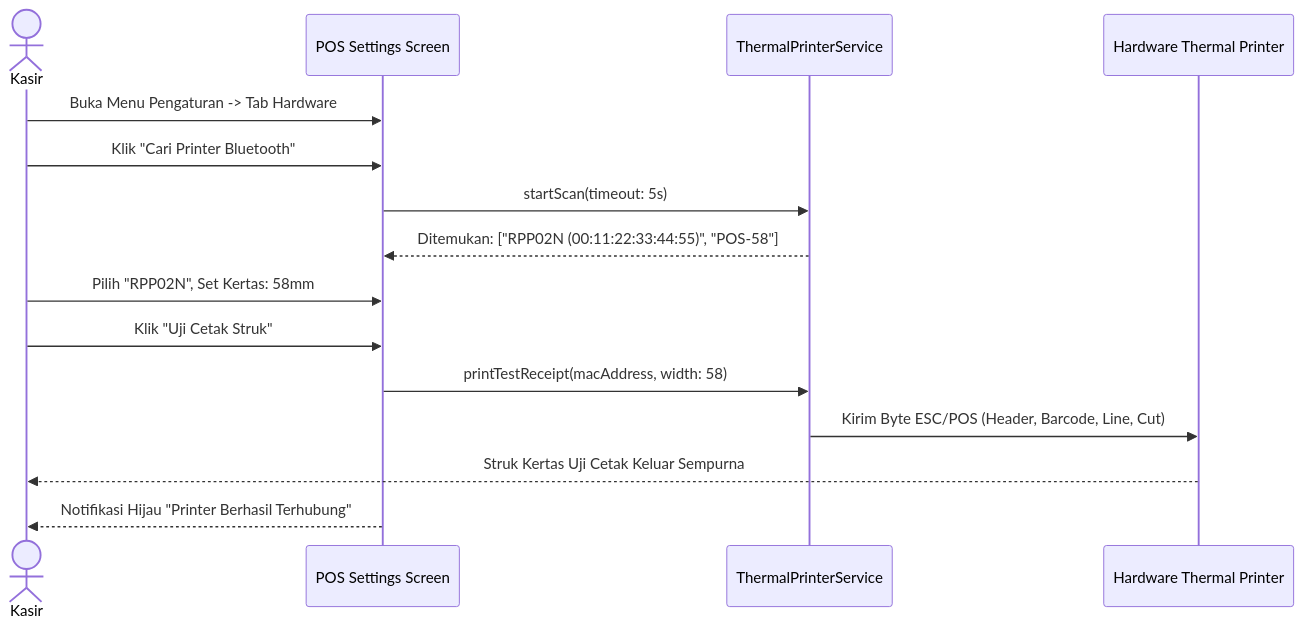
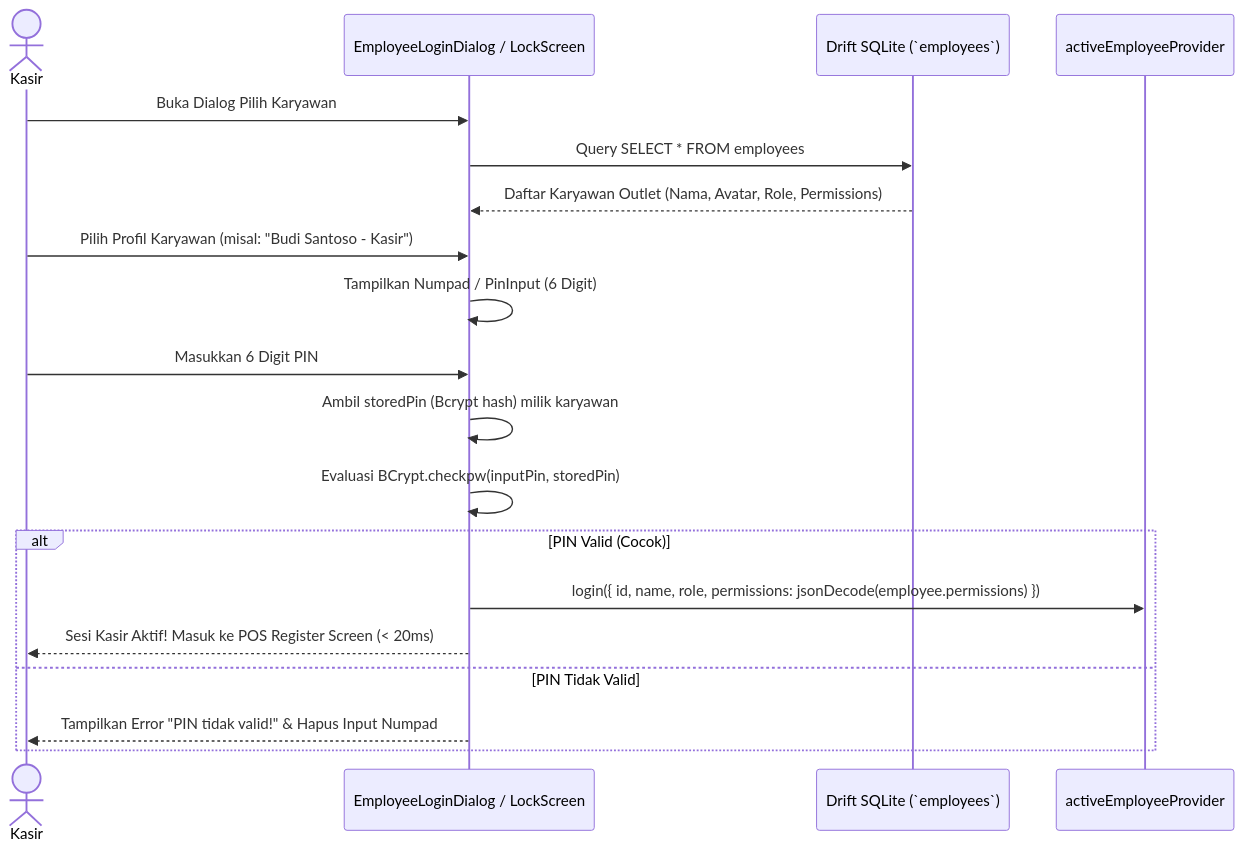
One commit to whykrr/sollu-app changed the third of 3 diagrams in prd/PRD Transaksi - Channel POS V1.2 Initial Master Data, Hardware Printer & Core Register Screens.md. Above: the diagram before and after it, drawn with Mermaid. The commit also changed other lines of this file and 31 other files, not shown here.

````diff
--- a/prd/PRD Transaksi - Channel POS V1.2 Initial Master Data, Hardware Printer & Core Register Screens.md
+++ b/prd/PRD Transaksi - Channel POS V1.2 Initial Master Data, Hardware Printer & Core Register Screens.md
@@ -101,18 +181,24 @@
 ```mermaid
 sequenceDiagram
     actor Cashier as Kasir
-    participant App as POS Settings Screen
-    participant Bridge as ThermalPrinterService
-    participant Printer as Hardware Thermal Printer
+    participant Dialog as EmployeeLoginDialog / LockScreen
+    participant DB as Drift SQLite (`employees`)
+    participant State as activeEmployeeProvider
 
-    Cashier->>App: Buka Menu Pengaturan -> Tab Hardware
-    Cashier->>App: Klik "Cari Printer Bluetooth"
-    App->>Bridge: startScan(timeout: 5s)
-    Bridge-->>App: Ditemukan: ["RPP02N (00:11:22:33:44:55)", "POS-58"]
-    Cashier->>App: Pilih "RPP02N", Set Kertas: 58mm
-    Cashier->>App: Klik "Uji Cetak Struk"
-    App->>Bridge: printTestReceipt(macAddress, width: 58)
-    Bridge->>Printer: Kirim Byte ESC/POS (Header, Barcode, Line, Cut)
-    Printer-->>Cashier: Struk Kertas Uji Cetak Keluar Sempurna
-    App-->>Cashier: Notifikasi Hijau "Printer Berhasil Terhubung"
+    Cashier->>Dialog: Buka Dialog Pilih Karyawan
+    Dialog->>DB: Query SELECT * FROM employees
+    DB-->>Dialog: Daftar Karyawan Outlet (Nama, Avatar, Role, Permissions)
+    Cashier->>Dialog: Pilih Profil Karyawan (misal: "Budi Santoso - Kasir")
+    Dialog->>Dialog: Tampilkan Numpad / PinInput (6 Digit)
+    Cashier->>Dialog: Masukkan 6 Digit PIN
+
+    Dialog->>Dialog: Ambil storedPin (Bcrypt hash) milik karyawan
+    Dialog->>Dialog: Evaluasi BCrypt.checkpw(inputPin, storedPin)
+    
+    alt PIN Valid (Cocok)
+        Dialog->>State: login({ id, name, role, permissions: jsonDecode(employee.permissions) })
+        Dialog-->>Cashier: Sesi Kasir Aktif! Masuk ke POS Register Screen (< 20ms)
+    else PIN Tidak Valid
+        Dialog-->>Cashier: Tampilkan Error "PIN tidak valid!" & Hapus Input Numpad
+    end
 ```
````
